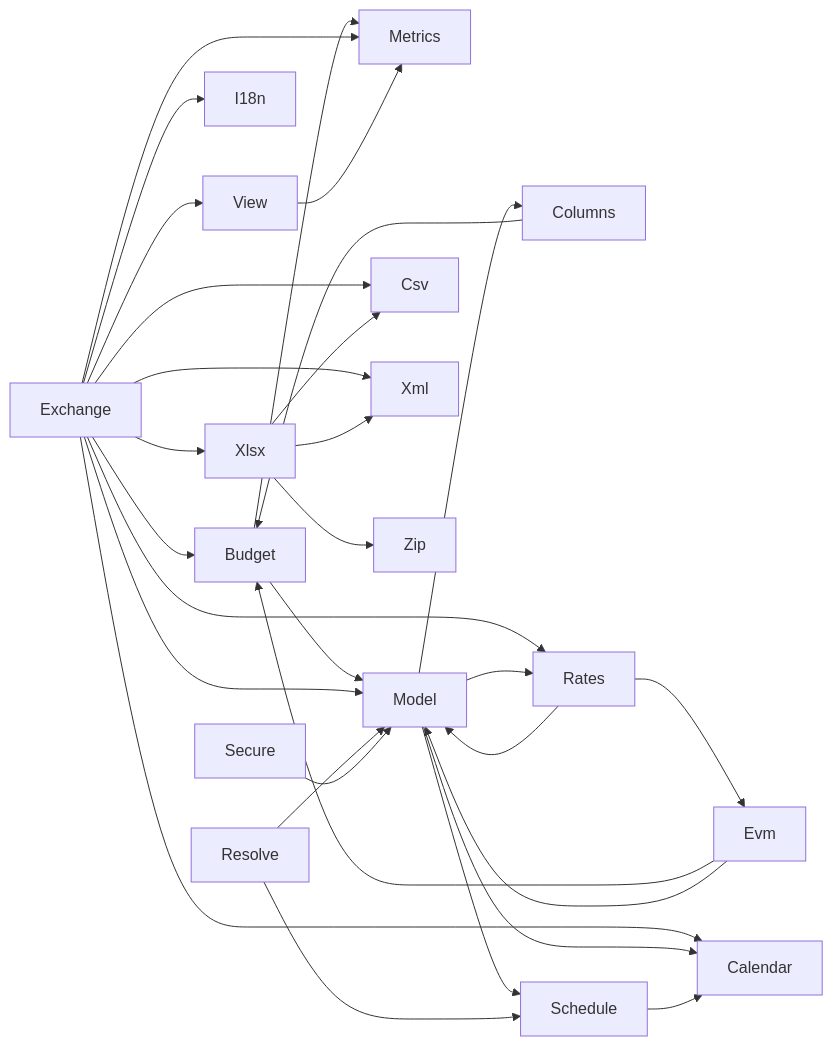
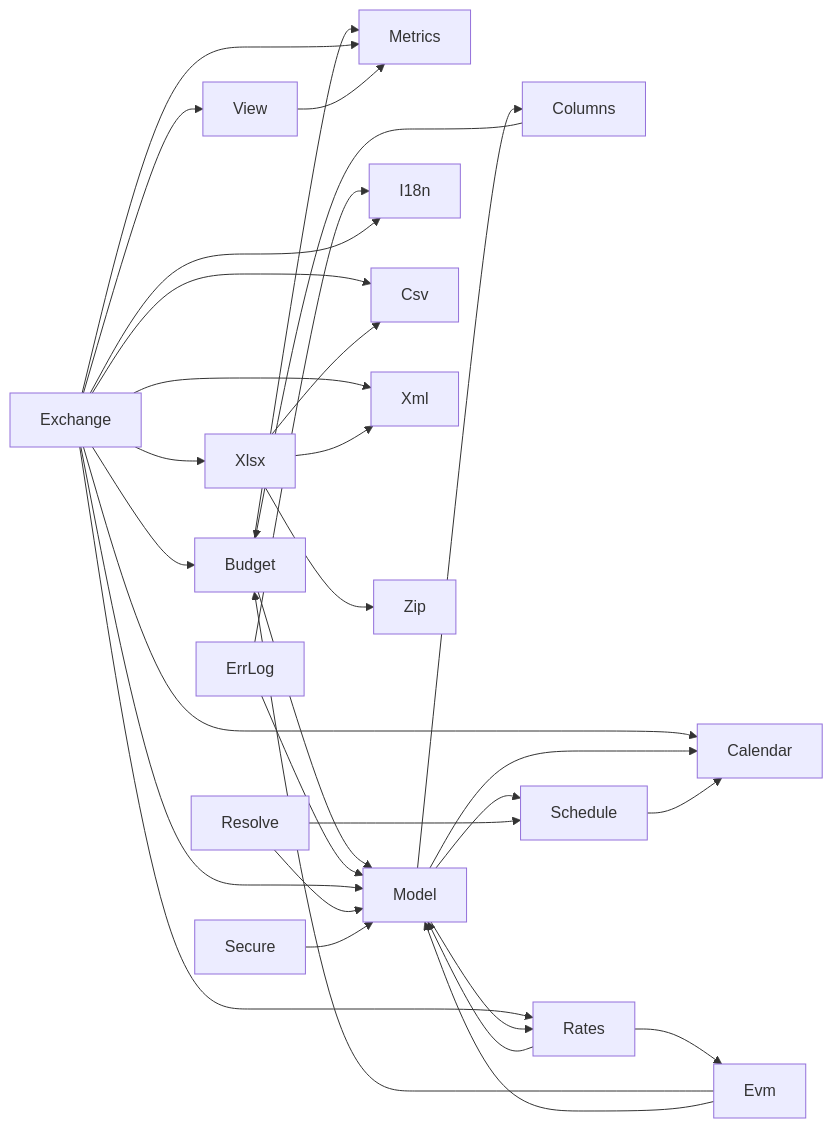
The fifth of 5 diagrams in Architecture.md (SimonBelCou/GanttPro), drawn with Mermaid before and after one commit. The commit also changed other lines of this file and 28 other files, not shown here.

First line of the commit message:
Journal local d'erreurs (EF-151) : moteur ErrLog, interface Journal, bandeau, réglages et tests

````diff
--- a/Architecture.md
+++ b/Architecture.md
@@ -198,32 +198,34 @@
 ```mermaid
 flowchart LR
   Budget --> Metrics
   Budget --> Model
   Columns --> Budget
+  ErrLog --> I18n
+  ErrLog --> Model
   Evm --> Budget
   Evm --> Model
   Exchange --> Budget
   Exchange --> Calendar
   Exchange --> Csv
   Exchange --> I18n
   Exchange --> Metrics
   Exchange --> Model
   Exchange --> Rates
   Exchange --> View
   Exchange --> Xlsx
   Exchange --> Xml
   Model --> Calendar
   Model --> Columns
   Model --> Rates
   Model --> Schedule
   Rates --> Evm
   Rates --> Model
   Resolve --> Model
   Resolve --> Schedule
   Schedule --> Calendar
   Secure --> Model
   View --> Metrics
   Xlsx --> Csv
   Xlsx --> Xml
   Xlsx --> Zip
 ```
````
